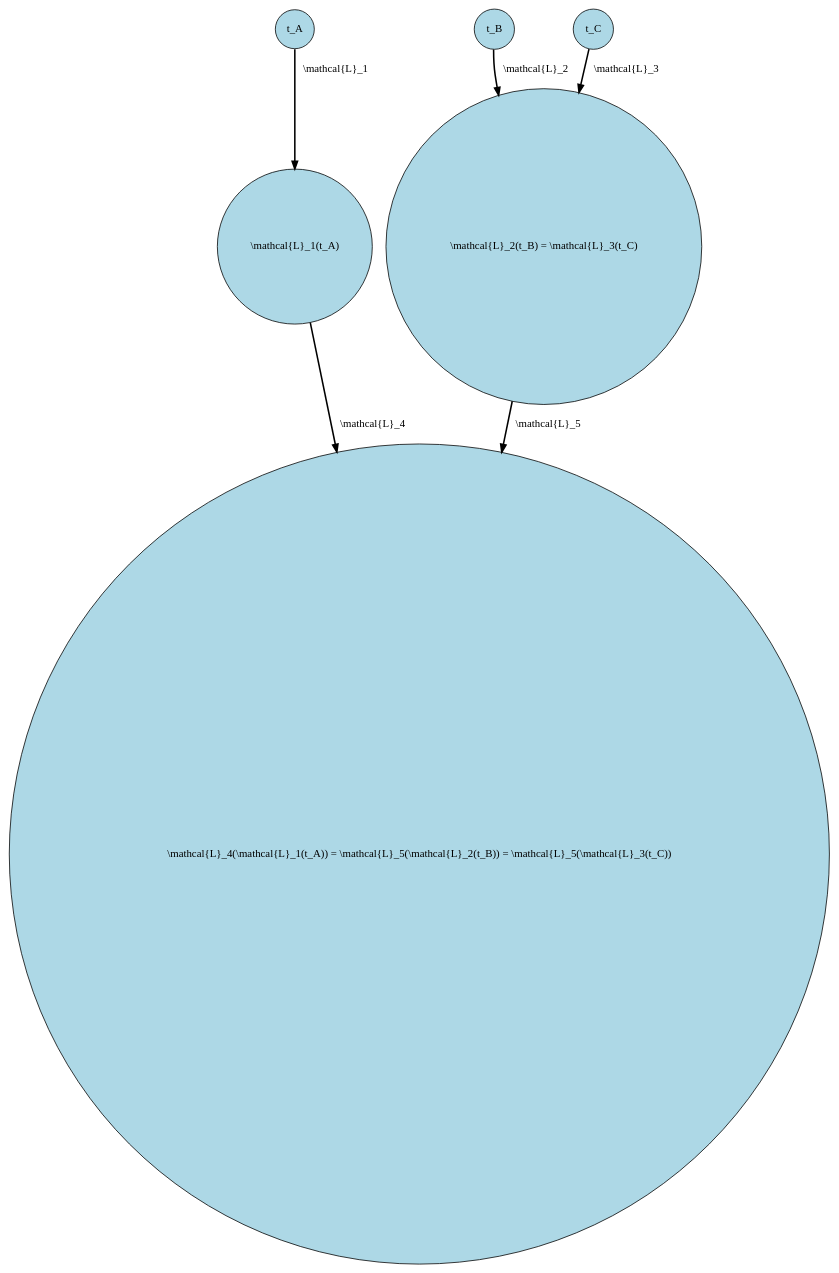
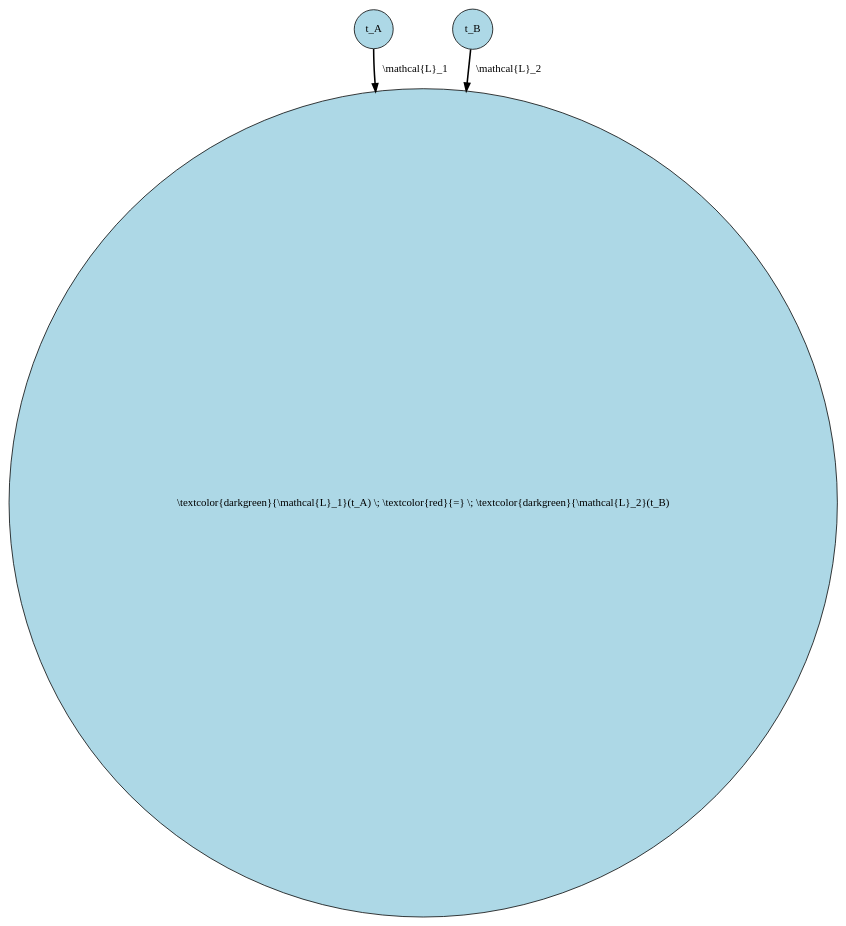
One commit to jirkamarsik/master-thesis changed the diagram in diagrams/generative-perspective.dot. Above: the diagram before and after it, drawn with Graphviz. The commit also changed 13 other files, not shown here.

```diff
--- a/diagrams/generative-perspective.dot
+++ b/diagrams/generative-perspective.dot
@@ -1,18 +1,12 @@
 strict digraph "generative-perspective" {
+  d2tdocpreamble="\definecolor{darkgreen}{rgb}{0., 0.6, 0.}"
   node [shape="circle",style="filled",fillcolor="lightblue"];
   edge [style="bold"];
-  ordering="in";
 
   "A" [label="t_A"]
   "B" [label="t_B"]
-  "C" [label="t_C"]
-  "A'" [label="\\mathcal{L}_1(t_A)"];
-  "B int C" [label="\\mathcal{L}_2(t_B) = \\mathcal{L}_3(t_C)"];
-  "A int B int C" [label="\\mathcal{L}_4(\\mathcal{L}_1(t_A)) = \\mathcal{L}_5(\\mathcal{L}_2(t_B)) = \\mathcal{L}_5(\\mathcal{L}_3(t_C))"];
-
-  "A" -> "A'" [label="\\mathcal{L}_1"];
-  "B" -> "B int C" [label="\\mathcal{L}_2"];
-  "C" -> "B int C" [label="\\mathcal{L}_3"];
-  "A'" -> "A int B int C" [label="\\mathcal{L}_4"];
-  "B int C" -> "A int B int C" [label="\\mathcal{L}_5"];
+  "A" -> "A int B" [label="\\mathcal{L}_1"];
+  "B" -> "A int B" [label="\\mathcal{L}_2"];
+  "A int B" [label="\\mathcal{L}_1(t_A) = \\mathcal{L}_2(t_B)"];
+  "A int B" [label="\\textcolor{darkgreen}{\\mathcal{L}_1}(t_A) \\; \\textcolor{red}{=} \\; \\textcolor{darkgreen}{\\mathcal{L}_2}(t_B)"];
 }
```
